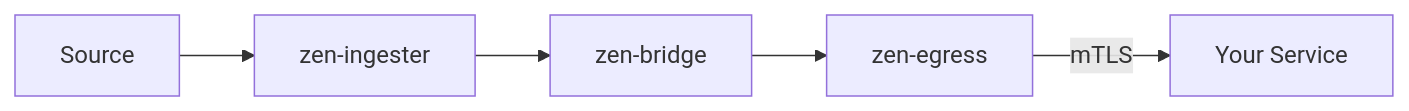
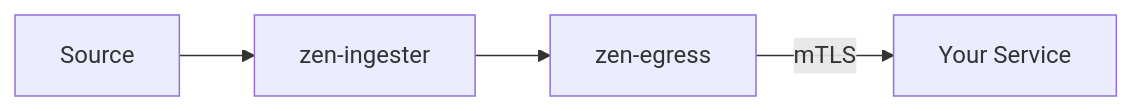
Before and after one commit to zenmesh/docs: the second of 4 diagrams in docs/architecture/delivery-modes.md, drawn with Mermaid. The commit also changed other lines of this file and 9 other files, not shown here.

Commit message:
remove zen-bridge and zen-egress from data plane; reorganize three-plane architecture for wedge

````diff
--- a/docs/architecture/delivery-modes.md
+++ b/docs/architecture/delivery-modes.md
@@ -28,4 +28,4 @@
 ```mermaid
 graph LR
-    SRC[Source] --> ING[zen-ingester] --> BRI[zen-bridge] --> EGR[zen-egress] -- "mTLS" --> TGT[Your Service]
+    SRC[Source] --> ING[zen-ingester] --> EGR[zen-egress] -- "mTLS" --> TGT[Your Service]
 ```
````
